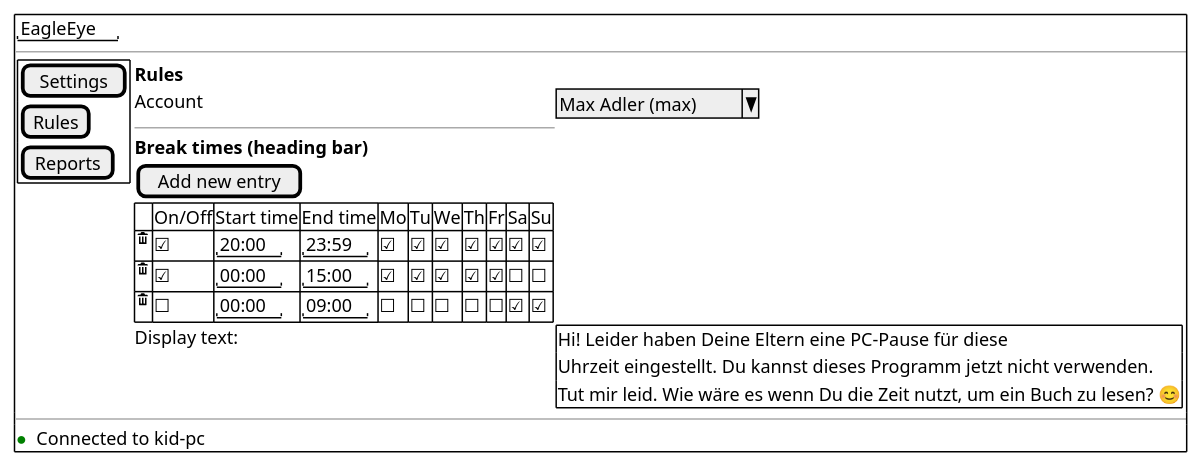
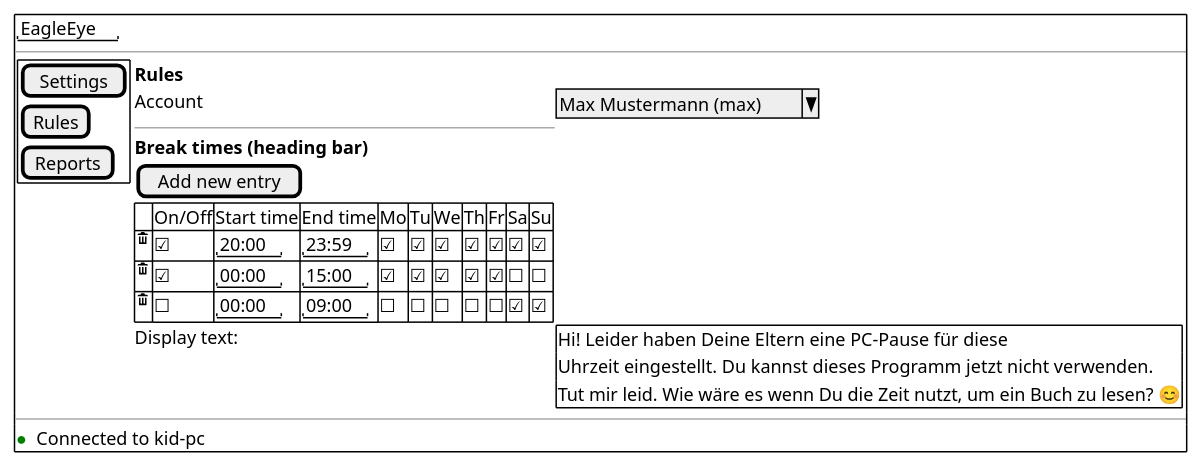
One commit to adlemich/EagleEye changed the first of 4 diagrams in 02_Implementation/docs/requirements/user-stories/US-005/user-story.md. Above: the diagram before and after it, drawn with PlantUML. The commit also changed other lines of this file and 220 other files, not shown here.

````diff
--- a/02_Implementation/docs/requirements/user-stories/US-005/user-story.md
+++ b/02_Implementation/docs/requirements/user-stories/US-005/user-story.md
@@ -160,33 +160,33 @@
 ```plantuml
 @startsalt
 {+
   "EagleEye"
   ---
   {
     {+
       [Settings]
       [Rules]
       [Reports]
     } |
     {
       <b>Rules
-      Account | ^Max Adler (max)^
+      Account | ^Max Mustermann (max)^
       ---
       <b>Break times (heading bar)
       [Add new entry]
       {#
         . | On/Off | Start time | End time | Mo | Tu | We | Th | Fr | Sa | Su
         <&trash> | ☑ | "20:00" | "23:59" | ☑ | ☑ | ☑ | ☑ | ☑ | ☑ | ☑
         <&trash> | ☑ | "00:00" | "15:00" | ☑ | ☑ | ☑ | ☑ | ☑ | ☐ | ☐
         <&trash> | ☐ | "00:00" | "09:00" | ☐ | ☐ | ☐ | ☐ | ☐ | ☑ | ☑
       }
       Display text: | {+ Hi! Leider haben Deine Eltern eine PC-Pause für diese
       Uhrzeit eingestellt. Du kannst dieses Programm jetzt nicht verwenden.
       Tut mir leid. Wie wäre es wenn Du die Zeit nutzt, um ein Buch zu lesen? 😊 }
     }
   }
   ---
   <color:green>●</color> Connected to kid-pc
 }
 @endsalt
 ```
````
